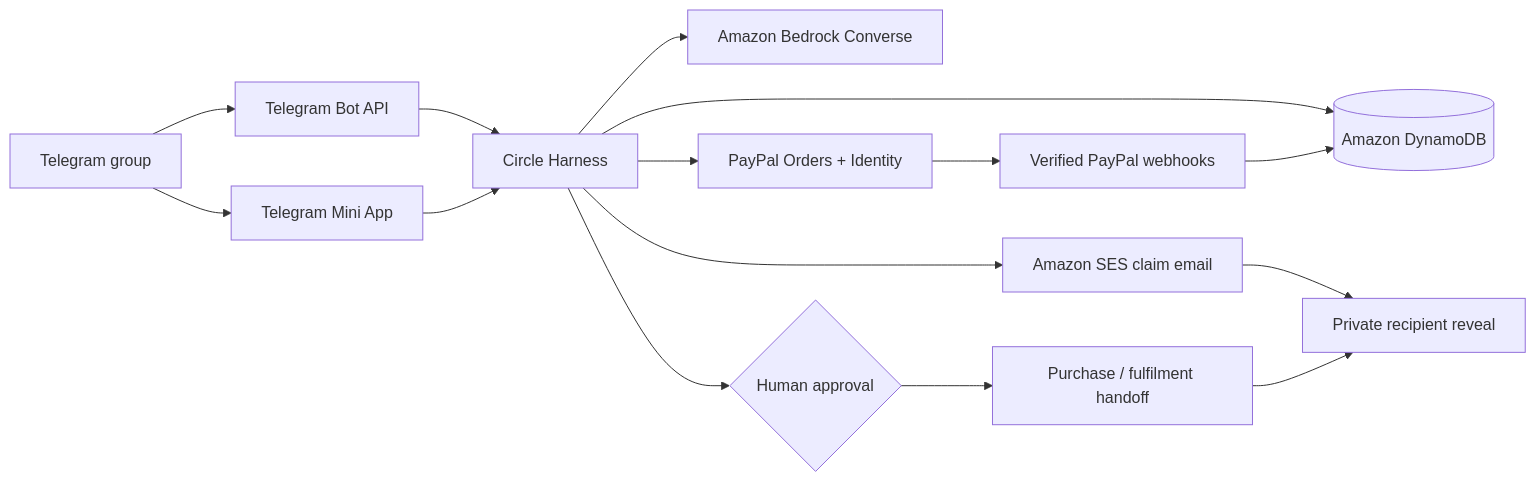
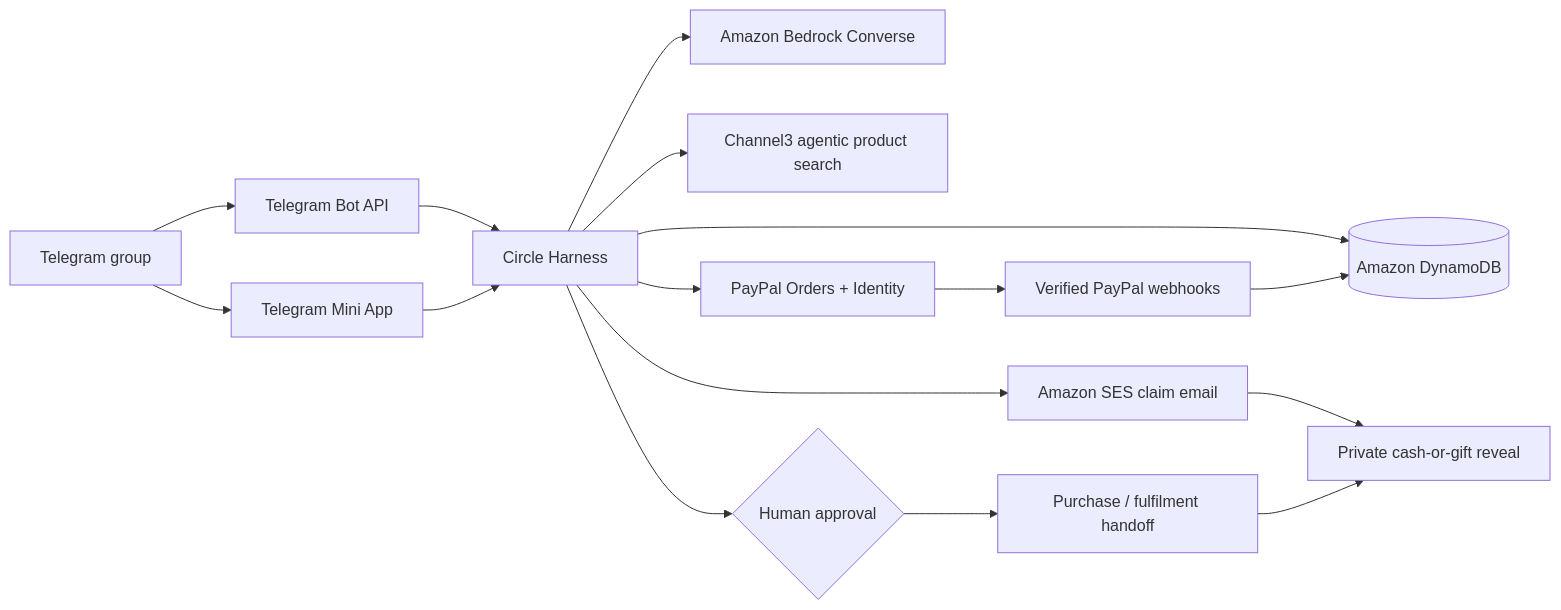
The diagram in README.md (joboyebisi/wanderwrap-paypal), drawn with Mermaid before and after one commit. The commit also changed other lines of this file and 16 other files, not shown here.

Commit message:
Integrate Channel3 gift research and recipient choice

````diff
--- a/README.md
+++ b/README.md
@@ -69,17 +70,18 @@
 ```mermaid
 flowchart LR
   TG[Telegram group] --> BOT[Telegram Bot API]
   TG --> MINI[Telegram Mini App]
   BOT --> H[Circle Harness]
   MINI --> H
   H --> BR[Amazon Bedrock Converse]
+  H --> C3[Channel3 agentic product search]
   H --> DB[(Amazon DynamoDB)]
   H --> PP[PayPal Orders + Identity]
   PP --> WH[Verified PayPal webhooks]
   WH --> DB
   H --> SES[Amazon SES claim email]
-  SES --> R[Private recipient reveal]
+  SES --> R[Private cash-or-gift reveal]
   H --> A{Human approval}
   A --> F[Purchase / fulfilment handoff]
   F --> R
 ```
````
